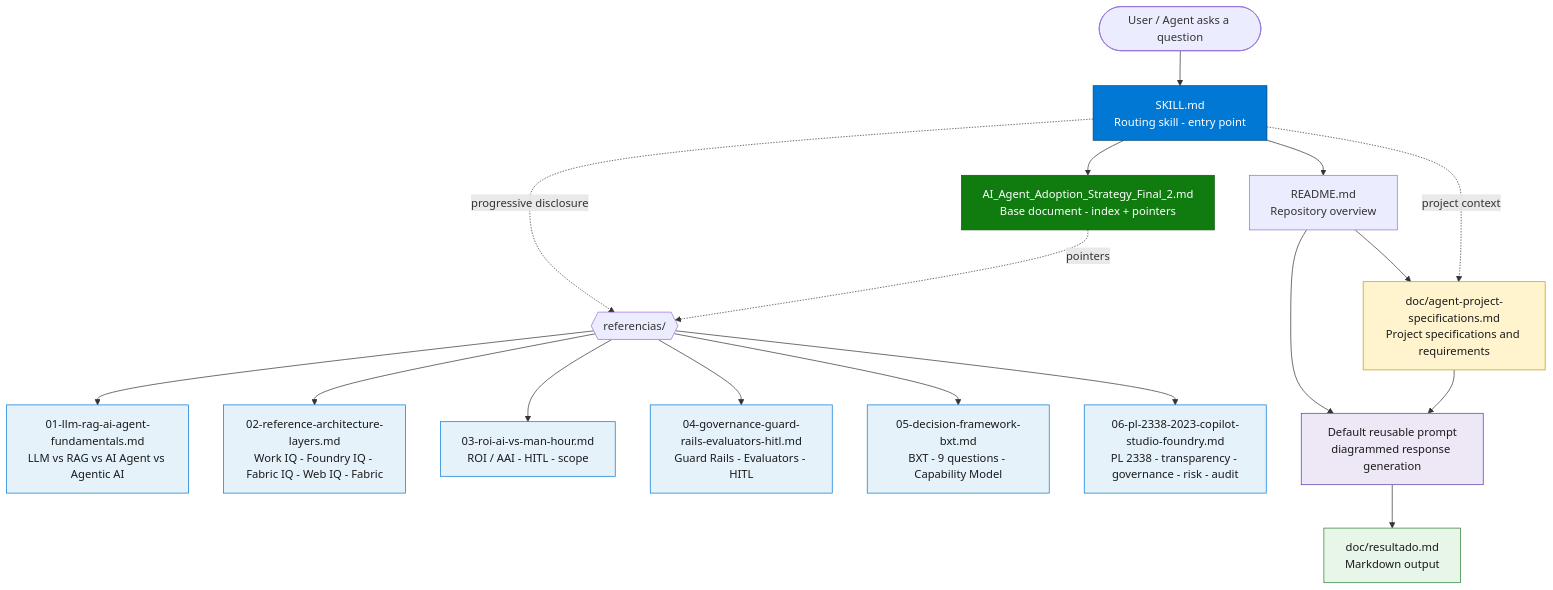
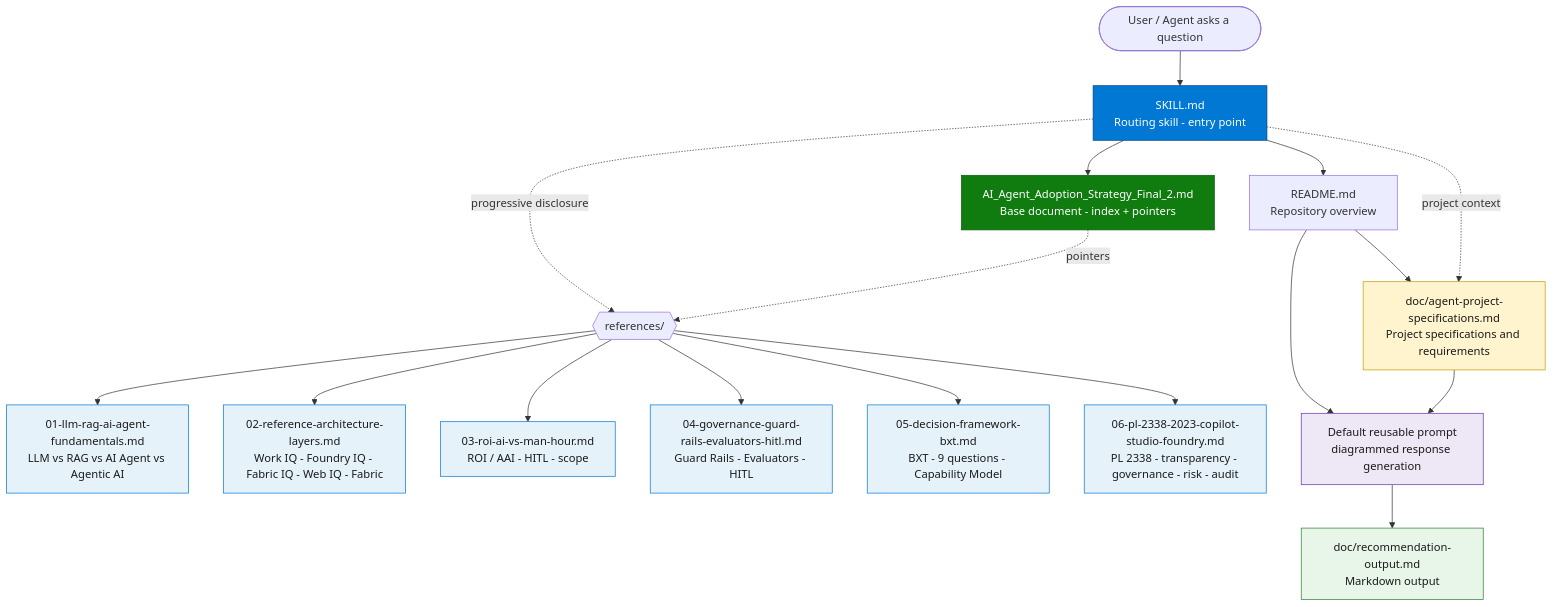
The first of 2 diagrams in README.md (fabioharams/hubsp-ai-skill), drawn with Mermaid before and after one commit. The commit also changed other lines of this file and 13 other files, not shown here.

````diff
--- a/README.md
+++ b/README.md
@@ -36,35 +36,35 @@
 ```mermaid
 graph TD
     USER([User / Agent asks a question]) --> SKILL[SKILL.md<br/>Routing skill - entry point]
     SKILL --> CANON[AI_Agent_Adoption_Strategy_Final_2.md<br/>Base document - index + pointers]
 
-    SKILL -. progressive disclosure .-> REF{{referencias/}}
+    SKILL -. progressive disclosure .-> REF{{references/}}
     CANON -. pointers .-> REF
 
       REF --> R1[01-llm-rag-ai-agent-fundamentals.md<br/>LLM vs RAG vs AI Agent vs Agentic AI]
       REF --> R2[02-reference-architecture-layers.md<br/>Work IQ - Foundry IQ - Fabric IQ - Web IQ - Fabric]
       REF --> R3[03-roi-ai-vs-man-hour.md<br/>ROI / AAI - HITL - scope]
       REF --> R4[04-governance-guard-rails-evaluators-hitl.md<br/>Guard Rails - Evaluators - HITL]
       REF --> R5[05-decision-framework-bxt.md<br/>BXT - 9 questions - Capability Model]
       REF --> R6[06-pl-2338-2023-copilot-studio-foundry.md<br/>PL 2338 - transparency - governance - risk - audit]
 
     SKILL --> README[README.md<br/>Repository overview]
    README --> DOC[doc/agent-project-specifications.md<br/>Project specifications and requirements]
    SKILL -. project context .-> DOC
    README --> PROMPT[Default reusable prompt<br/>diagrammed response generation]
    DOC --> PROMPT
-   PROMPT --> OUTMD[doc/resultado.md<br/>Markdown output]
+   PROMPT --> OUTMD[doc/recommendation-output.md<br/>Markdown output]
 
     classDef entry fill:#0078D4,stroke:#004578,color:#fff;
     classDef canon fill:#107C10,stroke:#0B5A0B,color:#fff;
     classDef ref fill:#E6F2FA,stroke:#0078D4,color:#1a1a1a;
    classDef doc fill:#FFF4CE,stroke:#C19C00,color:#1a1a1a;
    classDef prompt fill:#EDE7F6,stroke:#5E35B1,color:#1a1a1a;
    classDef output fill:#E8F5E9,stroke:#2E7D32,color:#1a1a1a;
     class SKILL entry;
     class CANON canon;
    class R1,R2,R3,R4,R5,R6 ref;
    class DOC doc;
    class PROMPT prompt;
    class OUTMD output;
 ```
````
